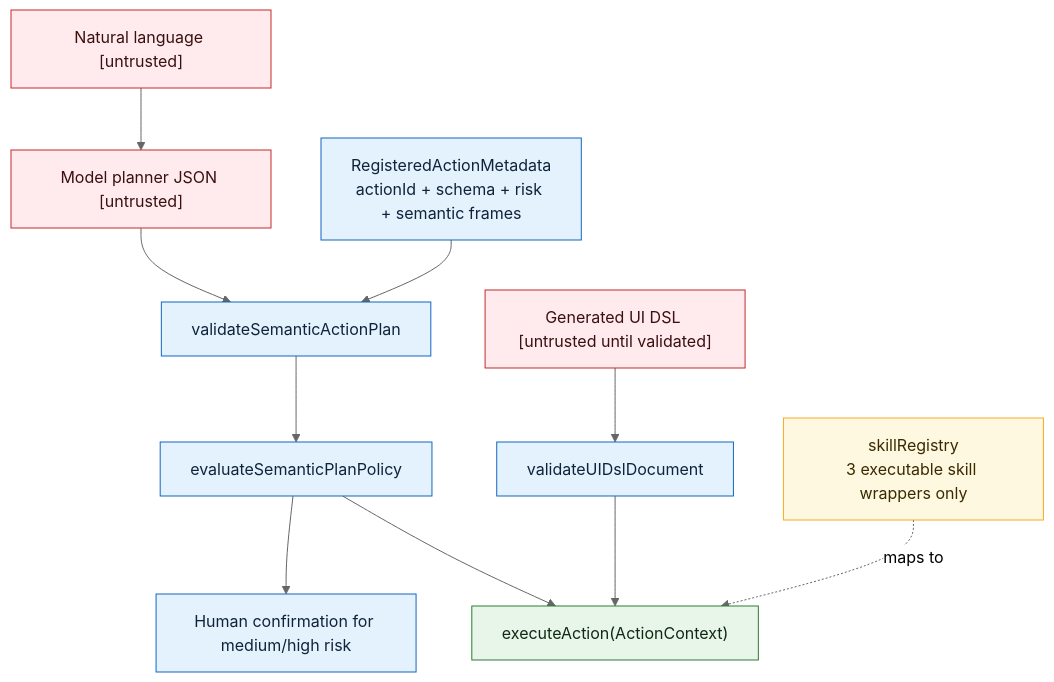
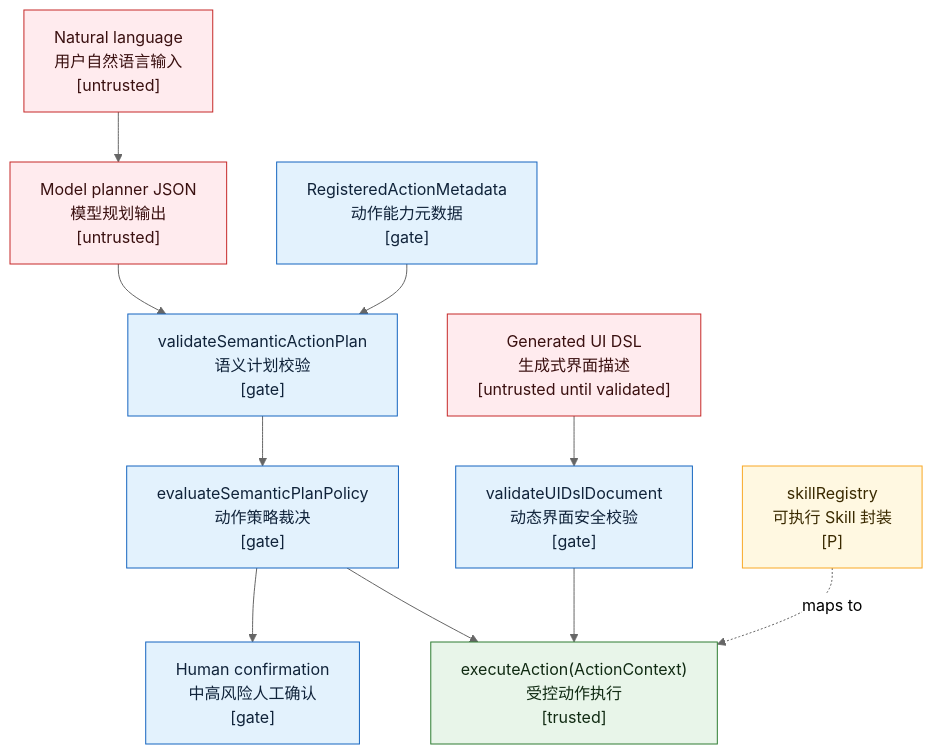
Before and after one commit to Hash012/Liteasy: the fifth of 6 diagrams in project-docs/engineering/agent-architecture-audit.md, drawn with Mermaid (neutral theme). The commit also changed other lines of this file and 8 other files, not shown here.

````diff
--- a/project-docs/engineering/agent-architecture-audit.md
+++ b/project-docs/engineering/agent-architecture-audit.md
@@ -223,27 +220,27 @@
 ```mermaid
 flowchart TB
   classDef untrusted fill:#ffebee,stroke:#c62828,color:#3a1010
   classDef gate fill:#e3f2fd,stroke:#1565c0,color:#10233a
   classDef trusted fill:#e8f5e9,stroke:#2e7d32,color:#102a12
   classDef partial fill:#fff8e1,stroke:#f9a825,color:#3a2a00
 
-  NL["Natural language [untrusted]"]:::untrusted
-  ModelJson["Model planner JSON [untrusted]"]:::untrusted
-  UIDslDoc["Generated UI DSL [untrusted until validated]"]:::untrusted
+  NL["Natural language<br/>用户自然语言输入<br/>[untrusted]"]:::untrusted
+  ModelJson["Model planner JSON<br/>模型规划输出<br/>[untrusted]"]:::untrusted
+  UIDslDoc["Generated UI DSL<br/>生成式界面描述<br/>[untrusted until validated]"]:::untrusted
 
-  RegisteredActions["RegisteredActionMetadata<br/>actionId + schema + risk + semantic frames"]:::gate
-  PlanValidator["validateSemanticActionPlan"]:::gate
-  Policy["evaluateSemanticPlanPolicy"]:::gate
-  Confirmation["Human confirmation for medium/high risk"]:::gate
-  UIDslValidator["validateUIDslDocument"]:::gate
-  Execute["executeAction(ActionContext)"]:::trusted
-  Skills["skillRegistry<br/>3 executable skill wrappers only"]:::partial
+  RegisteredActions["RegisteredActionMetadata<br/>动作能力元数据<br/>[gate]"]:::gate
+  PlanValidator["validateSemanticActionPlan<br/>语义计划校验<br/>[gate]"]:::gate
+  Policy["evaluateSemanticPlanPolicy<br/>动作策略裁决<br/>[gate]"]:::gate
+  Confirmation["Human confirmation<br/>中高风险人工确认<br/>[gate]"]:::gate
+  UIDslValidator["validateUIDslDocument<br/>动态界面安全校验<br/>[gate]"]:::gate
+  Execute["executeAction(ActionContext)<br/>受控动作执行<br/>[trusted]"]:::trusted
+  Skills["skillRegistry<br/>可执行 Skill 封装<br/>[P]"]:::partial
 
   NL --> ModelJson --> PlanValidator
   RegisteredActions --> PlanValidator
   PlanValidator --> Policy
   Policy --> Confirmation
   Policy --> Execute
   UIDslDoc --> UIDslValidator --> Execute
   Skills -. maps to .-> Execute
 ```
````
